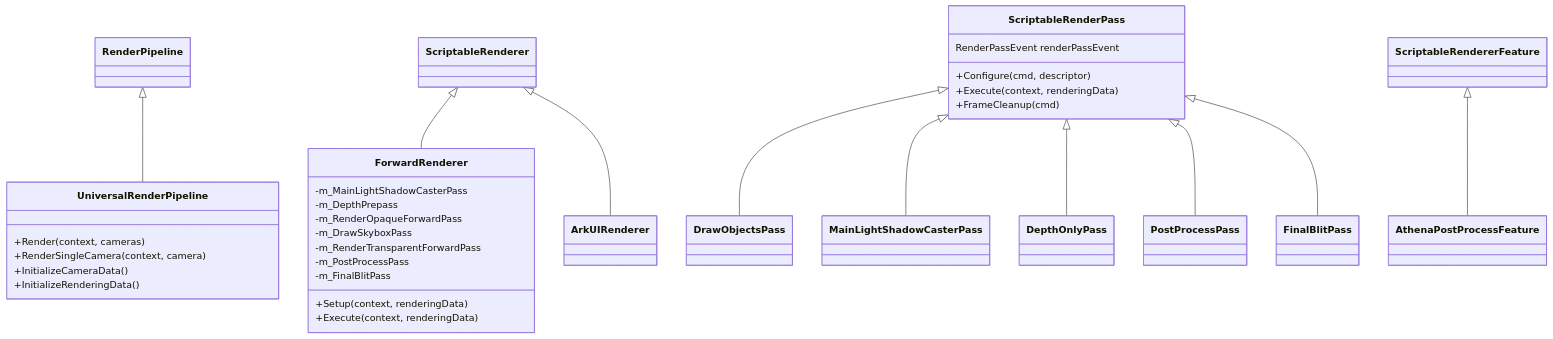
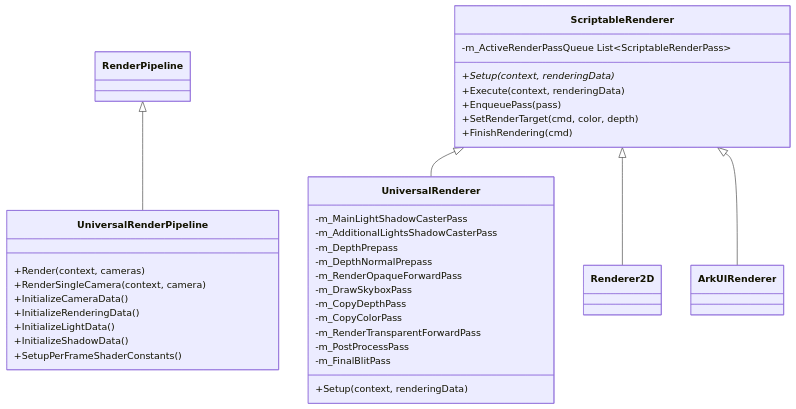
Before and after one commit to engineyk/engineyk.github.io: the third of 20 diagrams in _posts/渲染/渲染管线/2022-08-11-URP.md, drawn with Mermaid. The commit also changed other lines of this file and 3 other files, not shown here.

````diff
--- a/_posts/渲染/渲染管线/2022-08-11-URP.md
+++ b/_posts/渲染/渲染管线/2022-08-11-URP.md
@@ -68,36 +100,39 @@
 ```mermaid
 classDiagram
     RenderPipeline <|-- UniversalRenderPipeline
-    ScriptableRenderer <|-- ForwardRenderer
+    ScriptableRenderer <|-- UniversalRenderer
+    ScriptableRenderer <|-- Renderer2D
     ScriptableRenderer <|-- ArkUIRenderer
-    ScriptableRenderPass <|-- DrawObjectsPass
-    ScriptableRenderPass <|-- MainLightShadowCasterPass
-    ScriptableRenderPass <|-- DepthOnlyPass
-    ScriptableRenderPass <|-- PostProcessPass
-    ScriptableRenderPass <|-- FinalBlitPass
-    ScriptableRendererFeature <|-- AthenaPostProcessFeature
 
     class UniversalRenderPipeline {
         +Render(context, cameras)
         +RenderSingleCamera(context, camera)
         +InitializeCameraData()
         +InitializeRenderingData()
+        +InitializeLightData()
+        +InitializeShadowData()
+        +SetupPerFrameShaderConstants()
     }
-    class ForwardRenderer {
+    class ScriptableRenderer {
+        +Setup(context, renderingData)*
+        +Execute(context, renderingData)
+        +EnqueuePass(pass)
+        +SetRenderTarget(cmd, color, depth)
+        +FinishRendering(cmd)
+        -m_ActiveRenderPassQueue List~ScriptableRenderPass~
+    }
+    class UniversalRenderer {
         +Setup(context, renderingData)
-        +Execute(context, renderingData)
         -m_MainLightShadowCasterPass
+        -m_AdditionalLightsShadowCasterPass
         -m_DepthPrepass
+        -m_DepthNormalPrepass
         -m_RenderOpaqueForwardPass
         -m_DrawSkyboxPass
+        -m_CopyDepthPass
+        -m_CopyColorPass
         -m_RenderTransparentForwardPass
         -m_PostProcessPass
         -m_FinalBlitPass
     }
-    class ScriptableRenderPass {
-        +Configure(cmd, descriptor)
-        +Execute(context, renderingData)
-        +FrameCleanup(cmd)
-        RenderPassEvent renderPassEvent
-    }
 ```
````
